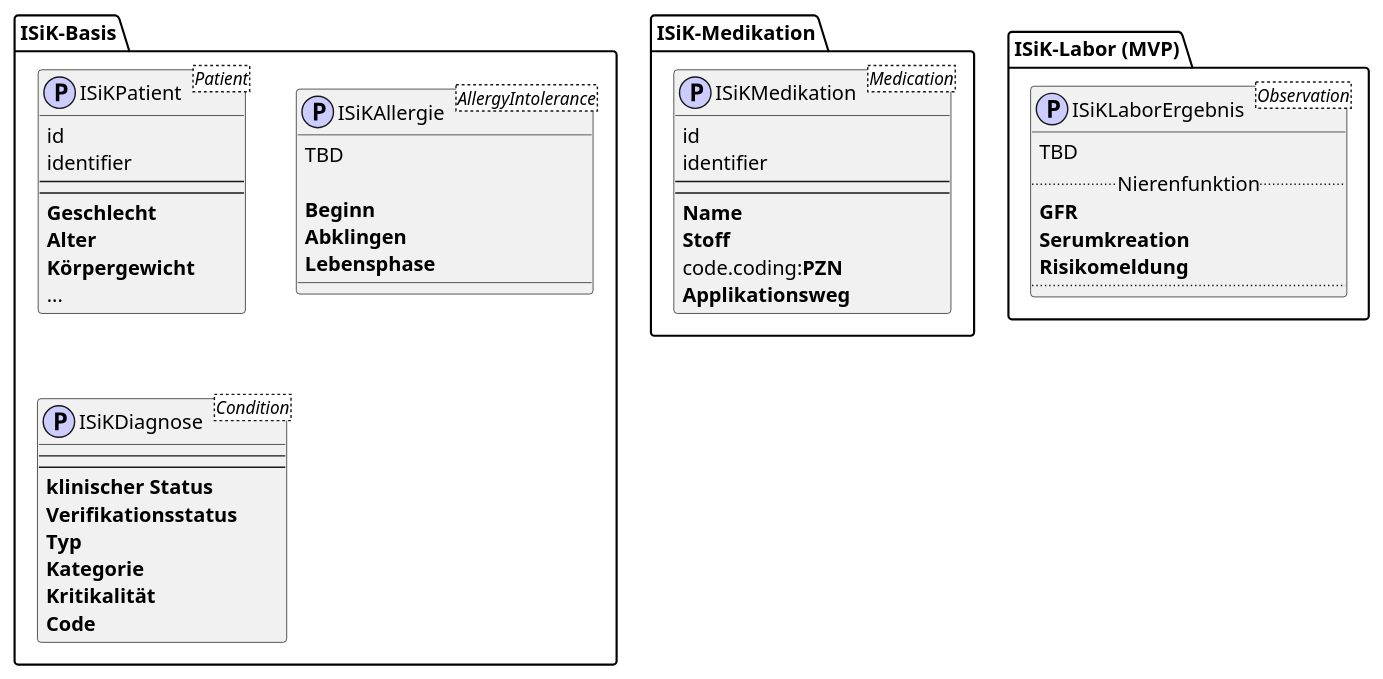
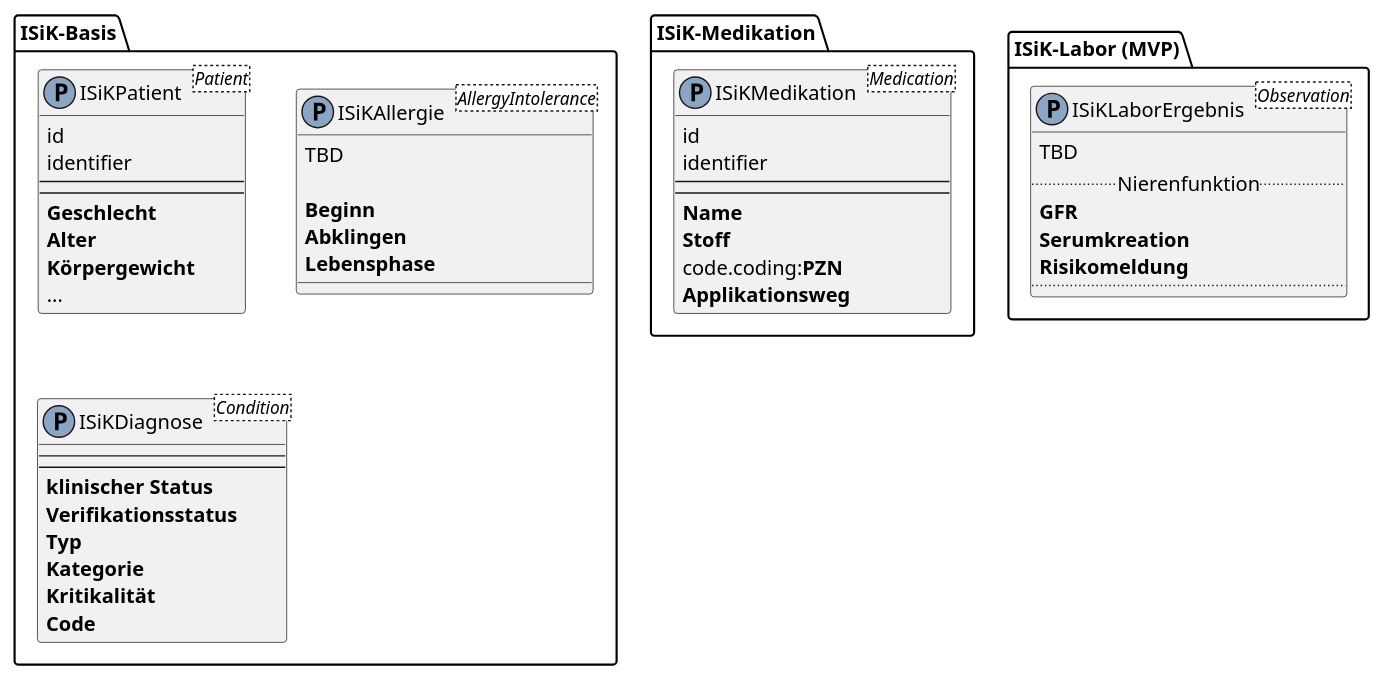
Before and after one commit to gematik/spec-ISiK-Medikation: the diagram in Material/images/src/plantuml/amts_infomodell.puml, drawn with PlantUML. The commit also changed 6 other files, not shown here.

First line of the commit message:
AMTS use case diagram

```diff
--- a/Material/images/src/plantuml/amts_infomodell.puml
+++ b/Material/images/src/plantuml/amts_infomodell.puml
@@ -1,81 +1,81 @@
 @startuml
 
 ' verhindere Probleme mit gewinkelten Krähenfüßen
 skinparam linetype ortho
  
 ' package Dummy{
 ' entity Entität01 {
 '    optionales Attribut
 '    **optionales fettes Attribut**
 '    * **vorgeschriebens fettes Attribut**
 ' }
 ' 
 ' entity Entität01 {
 '    optionales Attribut : text
 '    **optionales fettes Attribut** nummer <<auto>>
 '    * **vorgeschriebens fettes Attribut**
 ' }
 ' Entität01 }|..|| Entität02
 ' Entität03 }o..o| Entität04
 ' Entität05 ||--o{ Entität06
 ' Entität07 |o--|| Entität08
 ' }
  
  ' TODO:
  ' Vervollständigen im Sinne von: https://github.com/gematik/spec-ISiK-Medikation/blob/rc/main-stufe-4/Material/docs/Medikation%20Abgleich%20bestehende%20Spezifikationen.xlsx
 
 package ISiK-Basis {
-class  ISiKPatient <Patient><<(P,#CCCCFF)>>{
+class  ISiKPatient <Patient><<(P,#8DA5C4)>>{
    id
    identifier
    --
    --
    **Geschlecht**
    **Alter**
    **Körpergewicht**
    ...
 }
-class  ISiKAllergie <AllergyIntolerance><<(P,#CCCCFF)>>{
+class  ISiKAllergie <AllergyIntolerance><<(P,#8DA5C4)>>{
    TBD
 
    **Beginn**
    **Abklingen**
    **Lebensphase**
 }
-class  ISiKDiagnose <Condition><<(P,#CCCCFF)>>{
+class  ISiKDiagnose <Condition><<(P,#8DA5C4)>>{
    --
    --
    **klinischer Status**
    **Verifikationsstatus**
    **Typ**
    **Kategorie**
    **Kritikalität**
    **Code**
 }
 }
 
 package ISiK-Medikation {
-class  ISiKMedikation <Medication><<(P,#CCCCFF)>>{
+class  ISiKMedikation <Medication><<(P,#8DA5C4)>>{
    id
    identifier
    --
    --
    **Name**
    **Stoff**
    code.coding:**PZN**
    **Applikationsweg**
 }
 }
 
 package "ISiK-Labor (MVP)"{
-class  ISiKLaborErgebnis <Observation><<(P,#CCCCFF)>>{
+class  ISiKLaborErgebnis <Observation><<(P,#8DA5C4)>>{
    TBD
    ..Nierenfunktion..
       **GFR**
       **Serumkreation**
       **Risikomeldung**
    ..
 }
 }
 
 @enduml
```
